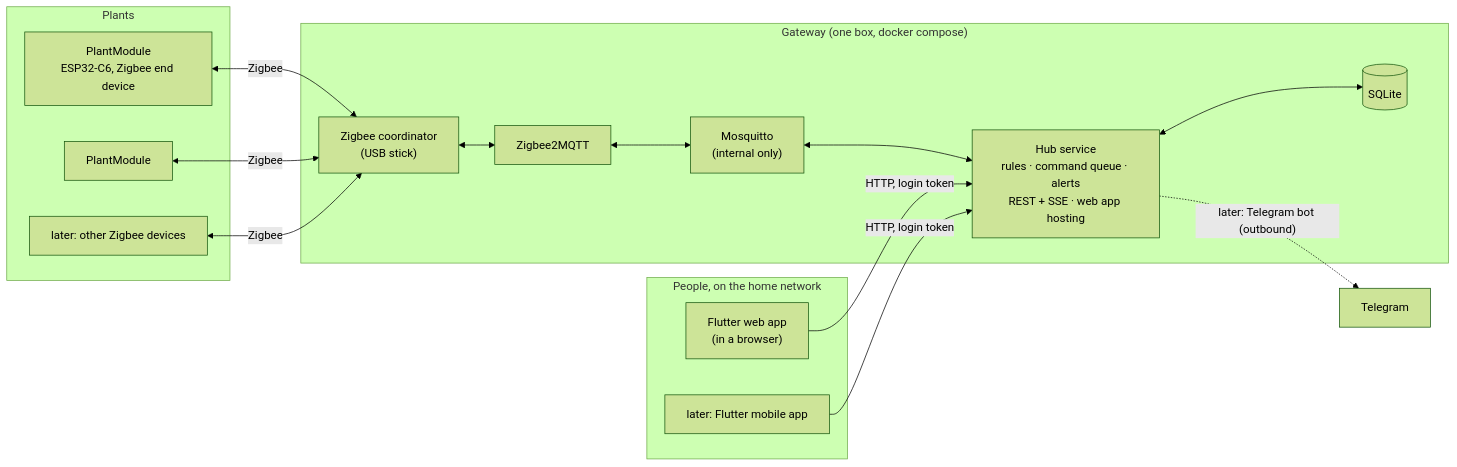
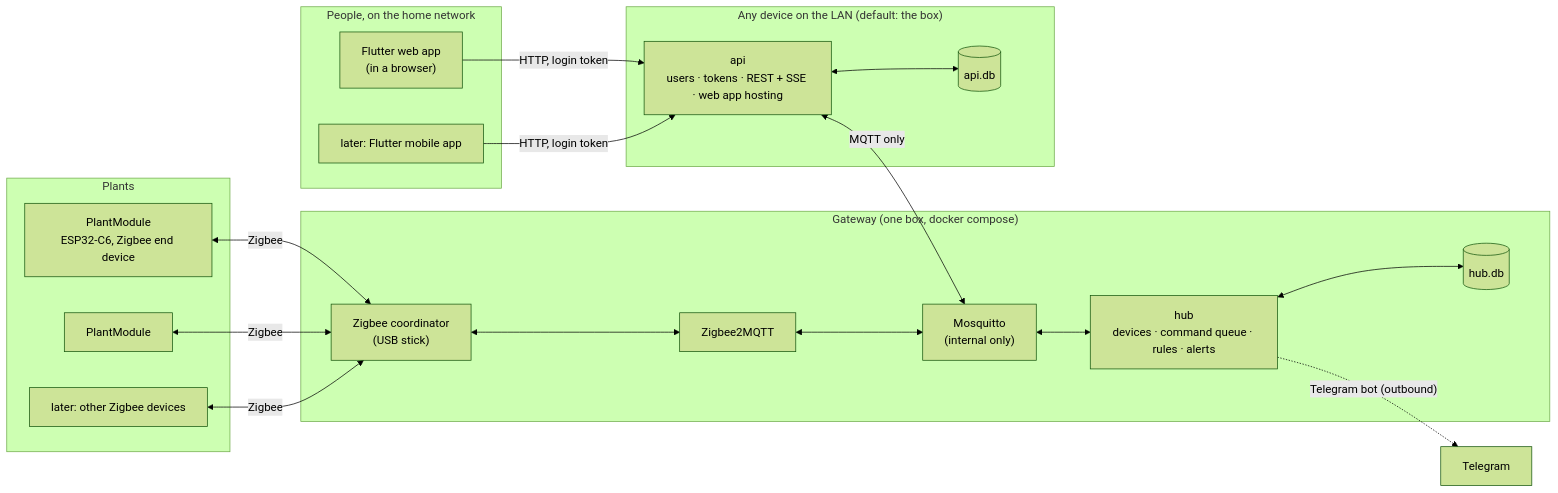
One commit to Hansom17/MoistureController changed the first of 8 diagrams in PROJECT.md. Above: the diagram before and after it, drawn with Mermaid (forest theme). The commit also changed other lines of this file and 5 other files, not shown here.

Commit message:
Specs: split the hub into api and hub services that talk only over MQTT

````diff
--- a/PROJECT.md
+++ b/PROJECT.md
@@ -37,27 +37,34 @@
 ```mermaid
 flowchart LR
     subgraph Plants["Plants"]
         D1["PlantModule<br/>ESP32-C6, Zigbee end device"]
         D2["PlantModule"]
         ZO["later: other Zigbee devices"]
     end
 
     subgraph GW["Gateway (one box, docker compose)"]
         CO["Zigbee coordinator<br/>(USB stick)"]
         Z2M["Zigbee2MQTT"]
         MQ["Mosquitto<br/>(internal only)"]
-        HUB["Hub service<br/>rules · command queue · alerts<br/>REST + SSE · web app hosting"]
-        DB[("SQLite")]
+        HUB["hub<br/>devices · command queue · rules · alerts"]
+        HDB[("hub.db")]
         CO <--> Z2M <--> MQ <--> HUB
-        HUB <--> DB
+        HUB <--> HDB
     end
+
+    subgraph Edge["Any device on the LAN (default: the box)"]
+        API["api<br/>users · tokens · REST + SSE · web app hosting"]
+        ADB[("api.db")]
+        API <--> ADB
+    end
+    API <-- "MQTT only" --> MQ
 
     subgraph Users["People, on the home network"]
         W["Flutter web app<br/>(in a browser)"]
         M["later: Flutter mobile app"]
     end
 
     D1 & D2 & ZO <-- "Zigbee" --> CO
-    W & M -- "HTTP, login token" --> HUB
-    HUB -. "later: Telegram bot (outbound)" .-> TG["Telegram"]
+    W & M -- "HTTP, login token" --> API
+    HUB -. "Telegram bot (outbound)" .-> TG["Telegram"]
 ```
````
